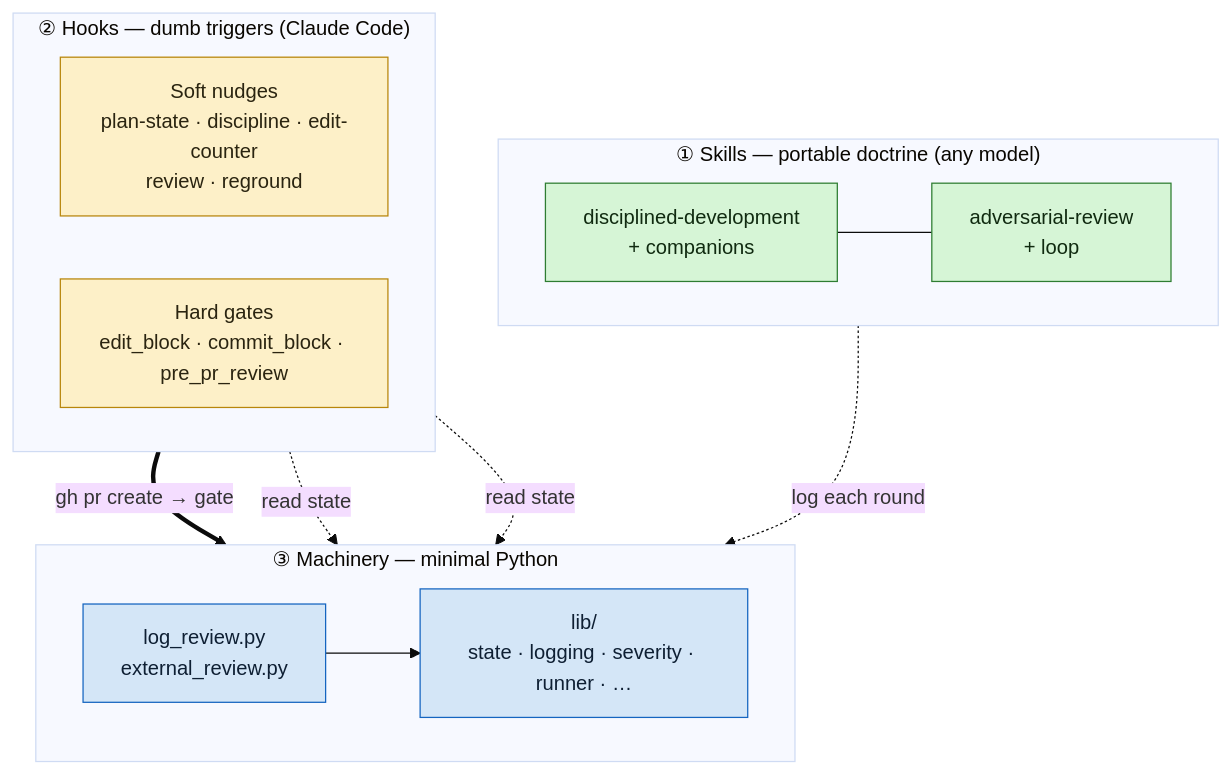
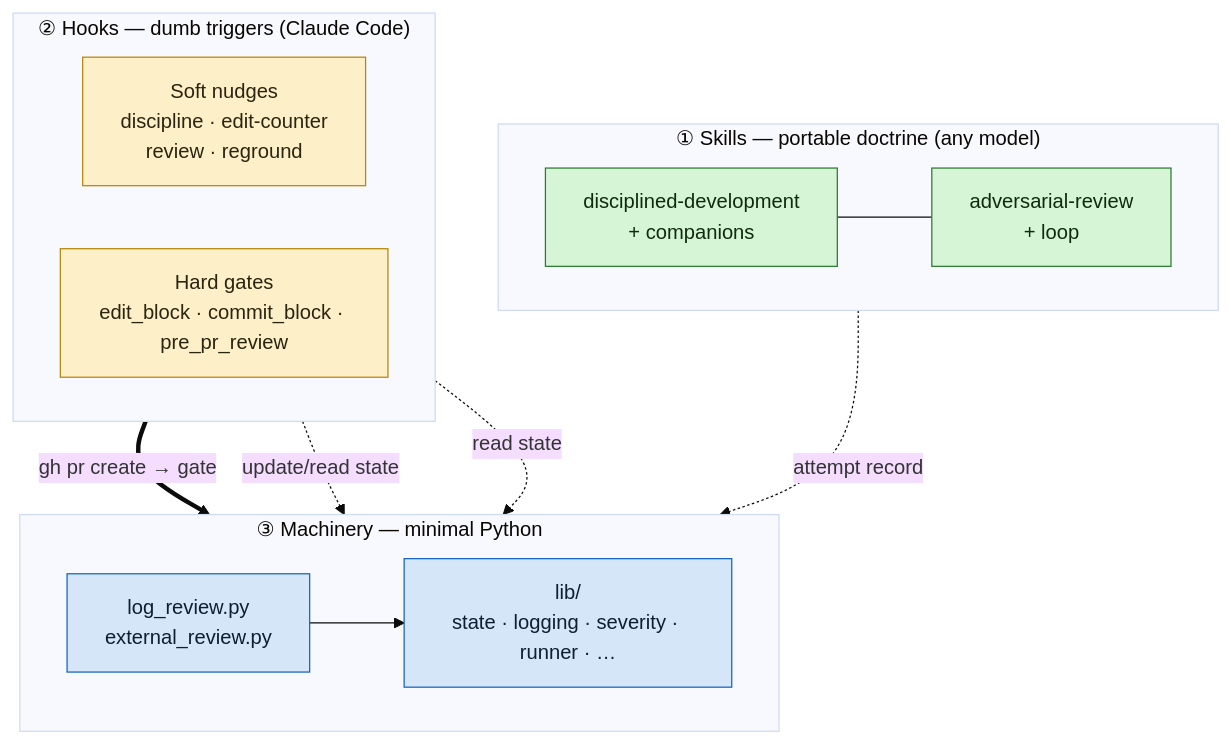
One commit to midris/disciplined-development-skills changed the first of 7 diagrams in ARCHITECTURE.md. Above: the diagram before and after it, drawn with Mermaid (base theme). The commit also changed other lines of this file and 69 other files, not shown here.

````diff
--- a/ARCHITECTURE.md
+++ b/ARCHITECTURE.md
@@ -26,30 +26,30 @@
 ```mermaid
 flowchart TB
     subgraph L1["① Skills — portable doctrine (any model)"]
         direction LR
         DD["disciplined-development<br/>+ companions"]
         AR["adversarial-review<br/>+ loop"]
         DD --- AR
     end
     subgraph L2["② Hooks — dumb triggers (Claude Code)"]
         direction LR
-        SOFT["Soft nudges<br/>plan-state · discipline · edit-counter<br/>review · reground"]
+        SOFT["Soft nudges<br/>discipline · edit-counter<br/>review · reground"]
         HARD["Hard gates<br/>edit_block · commit_block · pre_pr_review"]
     end
     subgraph L3["③ Machinery — minimal Python"]
         direction LR
         TOOLS["log_review.py<br/>external_review.py"]
         LIB["lib/<br/>state · logging · severity · runner · …"]
         TOOLS --> LIB
     end
     HARD ==>|"gh pr create → gate"| TOOLS
-    AR -.->|"log each round"| TOOLS
-    SOFT -.->|"read state"| LIB
+    AR -.->|"attempt record"| TOOLS
+    SOFT -.->|"update/read state"| LIB
     HARD -.->|"read state"| LIB
     classDef s fill:#d6f5d6,stroke:#2e7d32,color:#102a10;
     classDef h fill:#fdf0c8,stroke:#b8860b,color:#2a2410;
     classDef m fill:#d4e6f7,stroke:#1565c0,color:#0e1f33;
     class DD,AR s
     class SOFT,HARD h
     class TOOLS,LIB m
 ```
````
